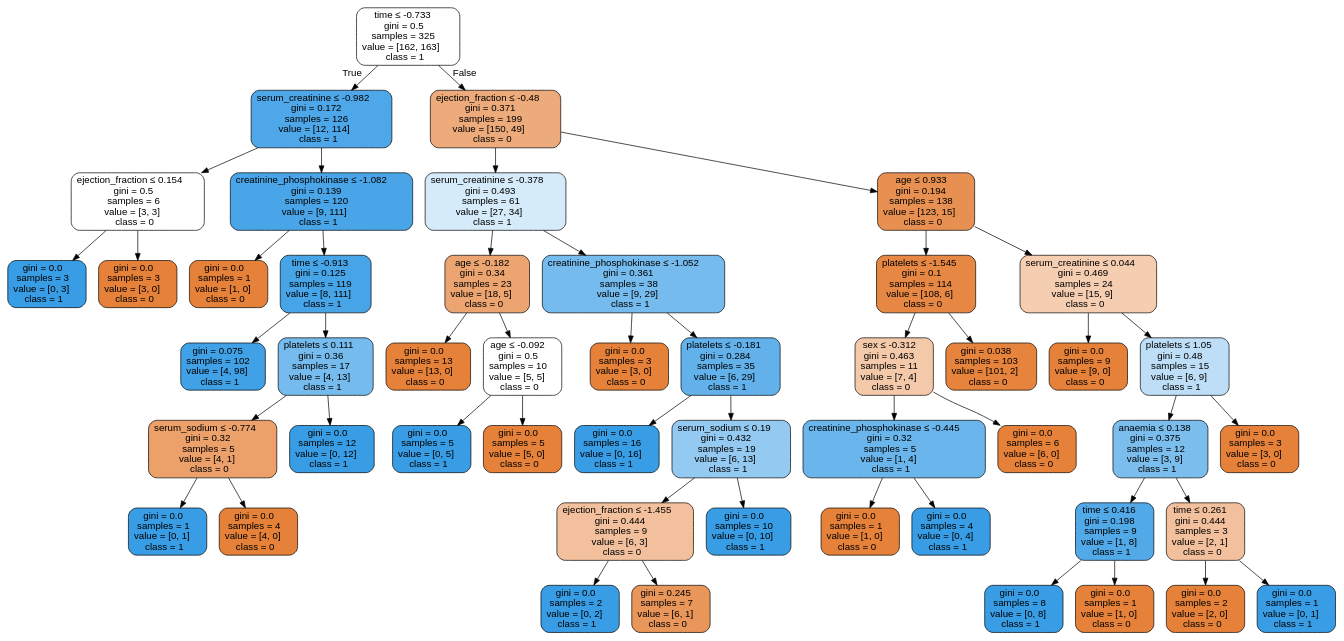
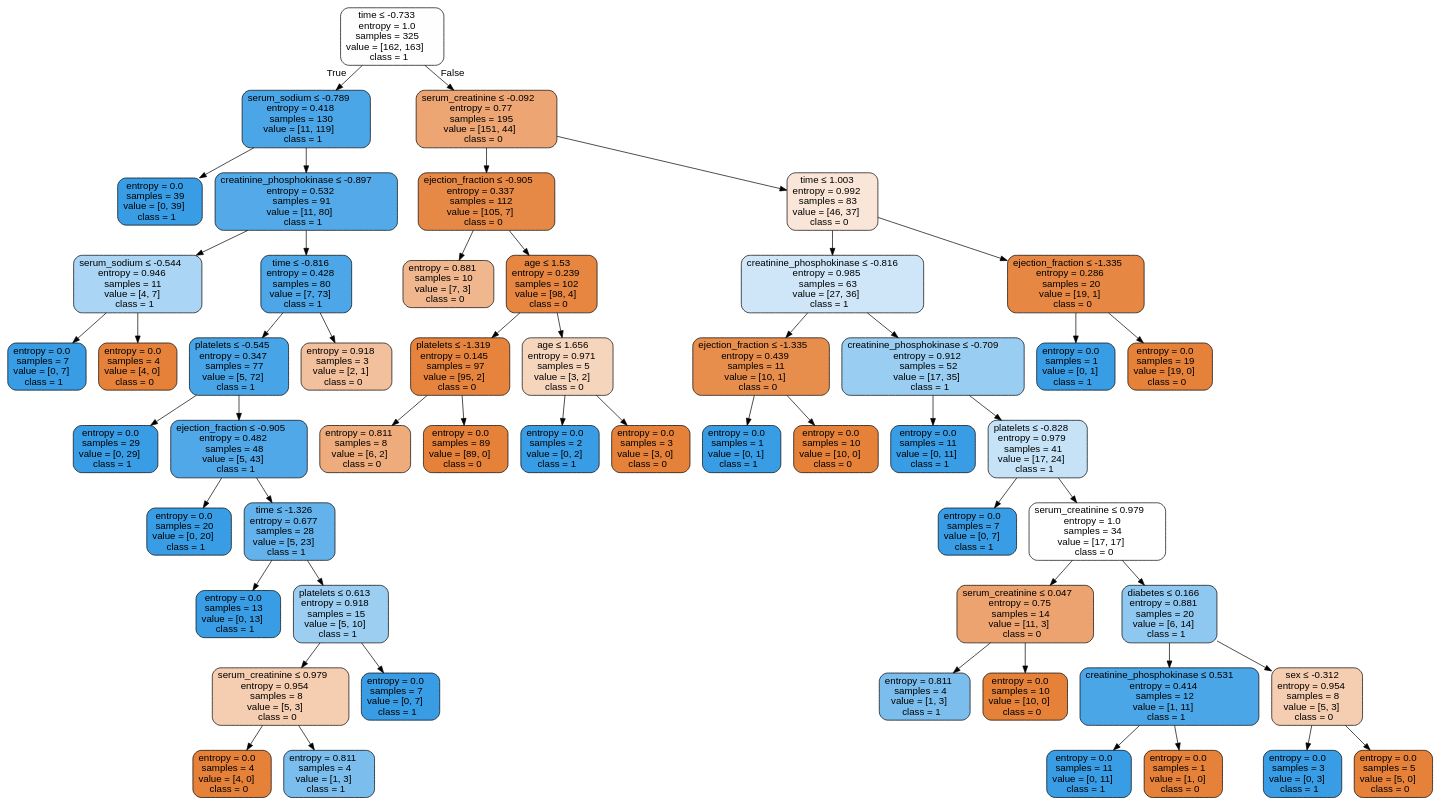
Before and after one commit to isabelSoares/CD-2021: the diagram in Labs/Lab05/Results/OverSample/HFCR - OverSample - dtree.dot, drawn with Graphviz. The commit also changed 97 other files, not shown here.

```diff
--- a/Labs/Lab05/Results/OverSample/HFCR - OverSample - dtree.dot
+++ b/Labs/Lab05/Results/OverSample/HFCR - OverSample - dtree.dot
@@ -1,101 +1,109 @@
 digraph Tree {
 node [shape=box, style="filled, rounded", color="black", fontname=helvetica] ;
 edge [fontname=helvetica] ;
-0 [label=<time &le; -0.733<br/>gini = 0.5<br/>samples = 325<br/>value = [162, 163]<br/>class = 1>, fillcolor="#fefeff"] ;
-1 [label=<serum_creatinine &le; -0.982<br/>gini = 0.172<br/>samples = 126<br/>value = [12, 114]<br/>class = 1>, fillcolor="#4ea7e8"] ;
+0 [label=<time &le; -0.733<br/>entropy = 1.0<br/>samples = 325<br/>value = [162, 163]<br/>class = 1>, fillcolor="#fefeff"] ;
+1 [label=<serum_sodium &le; -0.789<br/>entropy = 0.418<br/>samples = 130<br/>value = [11, 119]<br/>class = 1>, fillcolor="#4ba6e7"] ;
 0 -> 1 [labeldistance=2.5, labelangle=45, headlabel="True"] ;
-2 [label=<ejection_fraction &le; 0.154<br/>gini = 0.5<br/>samples = 6<br/>value = [3, 3]<br/>class = 0>, fillcolor="#ffffff"] ;
+2 [label=<entropy = 0.0<br/>samples = 39<br/>value = [0, 39]<br/>class = 1>, fillcolor="#399de5"] ;
 1 -> 2 ;
-3 [label=<gini = 0.0<br/>samples = 3<br/>value = [0, 3]<br/>class = 1>, fillcolor="#399de5"] ;
-2 -> 3 ;
-4 [label=<gini = 0.0<br/>samples = 3<br/>value = [3, 0]<br/>class = 0>, fillcolor="#e58139"] ;
-2 -> 4 ;
-5 [label=<creatinine_phosphokinase &le; -1.082<br/>gini = 0.139<br/>samples = 120<br/>value = [9, 111]<br/>class = 1>, fillcolor="#49a5e7"] ;
-1 -> 5 ;
-6 [label=<gini = 0.0<br/>samples = 1<br/>value = [1, 0]<br/>class = 0>, fillcolor="#e58139"] ;
-5 -> 6 ;
-7 [label=<time &le; -0.913<br/>gini = 0.125<br/>samples = 119<br/>value = [8, 111]<br/>class = 1>, fillcolor="#47a4e7"] ;
-5 -> 7 ;
-8 [label=<gini = 0.075<br/>samples = 102<br/>value = [4, 98]<br/>class = 1>, fillcolor="#41a1e6"] ;
+3 [label=<creatinine_phosphokinase &le; -0.897<br/>entropy = 0.532<br/>samples = 91<br/>value = [11, 80]<br/>class = 1>, fillcolor="#54aae9"] ;
+1 -> 3 ;
+4 [label=<serum_sodium &le; -0.544<br/>entropy = 0.946<br/>samples = 11<br/>value = [4, 7]<br/>class = 1>, fillcolor="#aad5f4"] ;
+3 -> 4 ;
+5 [label=<entropy = 0.0<br/>samples = 7<br/>value = [0, 7]<br/>class = 1>, fillcolor="#399de5"] ;
+4 -> 5 ;
+6 [label=<entropy = 0.0<br/>samples = 4<br/>value = [4, 0]<br/>class = 0>, fillcolor="#e58139"] ;
+4 -> 6 ;
+7 [label=<time &le; -0.816<br/>entropy = 0.428<br/>samples = 80<br/>value = [7, 73]<br/>class = 1>, fillcolor="#4ca6e7"] ;
+3 -> 7 ;
+8 [label=<platelets &le; -0.545<br/>entropy = 0.347<br/>samples = 77<br/>value = [5, 72]<br/>class = 1>, fillcolor="#47a4e7"] ;
 7 -> 8 ;
-9 [label=<platelets &le; 0.111<br/>gini = 0.36<br/>samples = 17<br/>value = [4, 13]<br/>class = 1>, fillcolor="#76bbed"] ;
-7 -> 9 ;
-10 [label=<serum_sodium &le; -0.774<br/>gini = 0.32<br/>samples = 5<br/>value = [4, 1]<br/>class = 0>, fillcolor="#eca06a"] ;
-9 -> 10 ;
-11 [label=<gini = 0.0<br/>samples = 1<br/>value = [0, 1]<br/>class = 1>, fillcolor="#399de5"] ;
+9 [label=<entropy = 0.0<br/>samples = 29<br/>value = [0, 29]<br/>class = 1>, fillcolor="#399de5"] ;
+8 -> 9 ;
+10 [label=<ejection_fraction &le; -0.905<br/>entropy = 0.482<br/>samples = 48<br/>value = [5, 43]<br/>class = 1>, fillcolor="#50a8e8"] ;
+8 -> 10 ;
+11 [label=<entropy = 0.0<br/>samples = 20<br/>value = [0, 20]<br/>class = 1>, fillcolor="#399de5"] ;
 10 -> 11 ;
-12 [label=<gini = 0.0<br/>samples = 4<br/>value = [4, 0]<br/>class = 0>, fillcolor="#e58139"] ;
+12 [label=<time &le; -1.326<br/>entropy = 0.677<br/>samples = 28<br/>value = [5, 23]<br/>class = 1>, fillcolor="#64b2eb"] ;
 10 -> 12 ;
-13 [label=<gini = 0.0<br/>samples = 12<br/>value = [0, 12]<br/>class = 1>, fillcolor="#399de5"] ;
-9 -> 13 ;
-14 [label=<ejection_fraction &le; -0.48<br/>gini = 0.371<br/>samples = 199<br/>value = [150, 49]<br/>class = 0>, fillcolor="#edaa7a"] ;
-0 -> 14 [labeldistance=2.5, labelangle=-45, headlabel="False"] ;
-15 [label=<serum_creatinine &le; -0.378<br/>gini = 0.493<br/>samples = 61<br/>value = [27, 34]<br/>class = 1>, fillcolor="#d6ebfa"] ;
+13 [label=<entropy = 0.0<br/>samples = 13<br/>value = [0, 13]<br/>class = 1>, fillcolor="#399de5"] ;
+12 -> 13 ;
+14 [label=<platelets &le; 0.613<br/>entropy = 0.918<br/>samples = 15<br/>value = [5, 10]<br/>class = 1>, fillcolor="#9ccef2"] ;
+12 -> 14 ;
+15 [label=<serum_creatinine &le; 0.979<br/>entropy = 0.954<br/>samples = 8<br/>value = [5, 3]<br/>class = 0>, fillcolor="#f5cdb0"] ;
 14 -> 15 ;
-16 [label=<age &le; -0.182<br/>gini = 0.34<br/>samples = 23<br/>value = [18, 5]<br/>class = 0>, fillcolor="#eca470"] ;
+16 [label=<entropy = 0.0<br/>samples = 4<br/>value = [4, 0]<br/>class = 0>, fillcolor="#e58139"] ;
 15 -> 16 ;
-17 [label=<gini = 0.0<br/>samples = 13<br/>value = [13, 0]<br/>class = 0>, fillcolor="#e58139"] ;
-16 -> 17 ;
-18 [label=<age &le; -0.092<br/>gini = 0.5<br/>samples = 10<br/>value = [5, 5]<br/>class = 0>, fillcolor="#ffffff"] ;
-16 -> 18 ;
-19 [label=<gini = 0.0<br/>samples = 5<br/>value = [0, 5]<br/>class = 1>, fillcolor="#399de5"] ;
-18 -> 19 ;
-20 [label=<gini = 0.0<br/>samples = 5<br/>value = [5, 0]<br/>class = 0>, fillcolor="#e58139"] ;
-18 -> 20 ;
-21 [label=<creatinine_phosphokinase &le; -1.052<br/>gini = 0.361<br/>samples = 38<br/>value = [9, 29]<br/>class = 1>, fillcolor="#76bbed"] ;
-15 -> 21 ;
-22 [label=<gini = 0.0<br/>samples = 3<br/>value = [3, 0]<br/>class = 0>, fillcolor="#e58139"] ;
+17 [label=<entropy = 0.811<br/>samples = 4<br/>value = [1, 3]<br/>class = 1>, fillcolor="#7bbeee"] ;
+15 -> 17 ;
+18 [label=<entropy = 0.0<br/>samples = 7<br/>value = [0, 7]<br/>class = 1>, fillcolor="#399de5"] ;
+14 -> 18 ;
+19 [label=<entropy = 0.918<br/>samples = 3<br/>value = [2, 1]<br/>class = 0>, fillcolor="#f2c09c"] ;
+7 -> 19 ;
+20 [label=<serum_creatinine &le; -0.092<br/>entropy = 0.77<br/>samples = 195<br/>value = [151, 44]<br/>class = 0>, fillcolor="#eda673"] ;
+0 -> 20 [labeldistance=2.5, labelangle=-45, headlabel="False"] ;
+21 [label=<ejection_fraction &le; -0.905<br/>entropy = 0.337<br/>samples = 112<br/>value = [105, 7]<br/>class = 0>, fillcolor="#e78946"] ;
+20 -> 21 ;
+22 [label=<entropy = 0.881<br/>samples = 10<br/>value = [7, 3]<br/>class = 0>, fillcolor="#f0b78e"] ;
 21 -> 22 ;
-23 [label=<platelets &le; -0.181<br/>gini = 0.284<br/>samples = 35<br/>value = [6, 29]<br/>class = 1>, fillcolor="#62b1ea"] ;
+23 [label=<age &le; 1.53<br/>entropy = 0.239<br/>samples = 102<br/>value = [98, 4]<br/>class = 0>, fillcolor="#e68641"] ;
 21 -> 23 ;
-24 [label=<gini = 0.0<br/>samples = 16<br/>value = [0, 16]<br/>class = 1>, fillcolor="#399de5"] ;
+24 [label=<platelets &le; -1.319<br/>entropy = 0.145<br/>samples = 97<br/>value = [95, 2]<br/>class = 0>, fillcolor="#e6843d"] ;
 23 -> 24 ;
-25 [label=<serum_sodium &le; 0.19<br/>gini = 0.432<br/>samples = 19<br/>value = [6, 13]<br/>class = 1>, fillcolor="#94caf1"] ;
-23 -> 25 ;
-26 [label=<ejection_fraction &le; -1.455<br/>gini = 0.444<br/>samples = 9<br/>value = [6, 3]<br/>class = 0>, fillcolor="#f2c09c"] ;
-25 -> 26 ;
-27 [label=<gini = 0.0<br/>samples = 2<br/>value = [0, 2]<br/>class = 1>, fillcolor="#399de5"] ;
-26 -> 27 ;
-28 [label=<gini = 0.245<br/>samples = 7<br/>value = [6, 1]<br/>class = 0>, fillcolor="#e9965a"] ;
-26 -> 28 ;
-29 [label=<gini = 0.0<br/>samples = 10<br/>value = [0, 10]<br/>class = 1>, fillcolor="#399de5"] ;
-25 -> 29 ;
-30 [label=<age &le; 0.933<br/>gini = 0.194<br/>samples = 138<br/>value = [123, 15]<br/>class = 0>, fillcolor="#e89051"] ;
-14 -> 30 ;
-31 [label=<platelets &le; -1.545<br/>gini = 0.1<br/>samples = 114<br/>value = [108, 6]<br/>class = 0>, fillcolor="#e68844"] ;
+25 [label=<entropy = 0.811<br/>samples = 8<br/>value = [6, 2]<br/>class = 0>, fillcolor="#eeab7b"] ;
+24 -> 25 ;
+26 [label=<entropy = 0.0<br/>samples = 89<br/>value = [89, 0]<br/>class = 0>, fillcolor="#e58139"] ;
+24 -> 26 ;
+27 [label=<age &le; 1.656<br/>entropy = 0.971<br/>samples = 5<br/>value = [3, 2]<br/>class = 0>, fillcolor="#f6d5bd"] ;
+23 -> 27 ;
+28 [label=<entropy = 0.0<br/>samples = 2<br/>value = [0, 2]<br/>class = 1>, fillcolor="#399de5"] ;
+27 -> 28 ;
+29 [label=<entropy = 0.0<br/>samples = 3<br/>value = [3, 0]<br/>class = 0>, fillcolor="#e58139"] ;
+27 -> 29 ;
+30 [label=<time &le; 1.003<br/>entropy = 0.992<br/>samples = 83<br/>value = [46, 37]<br/>class = 0>, fillcolor="#fae6d8"] ;
+20 -> 30 ;
+31 [label=<creatinine_phosphokinase &le; -0.816<br/>entropy = 0.985<br/>samples = 63<br/>value = [27, 36]<br/>class = 1>, fillcolor="#cee6f8"] ;
 30 -> 31 ;
-32 [label=<sex &le; -0.312<br/>gini = 0.463<br/>samples = 11<br/>value = [7, 4]<br/>class = 0>, fillcolor="#f4c9aa"] ;
+32 [label=<ejection_fraction &le; -1.335<br/>entropy = 0.439<br/>samples = 11<br/>value = [10, 1]<br/>class = 0>, fillcolor="#e88e4d"] ;
 31 -> 32 ;
-33 [label=<creatinine_phosphokinase &le; -0.445<br/>gini = 0.32<br/>samples = 5<br/>value = [1, 4]<br/>class = 1>, fillcolor="#6ab6ec"] ;
+33 [label=<entropy = 0.0<br/>samples = 1<br/>value = [0, 1]<br/>class = 1>, fillcolor="#399de5"] ;
 32 -> 33 ;
-34 [label=<gini = 0.0<br/>samples = 1<br/>value = [1, 0]<br/>class = 0>, fillcolor="#e58139"] ;
-33 -> 34 ;
-35 [label=<gini = 0.0<br/>samples = 4<br/>value = [0, 4]<br/>class = 1>, fillcolor="#399de5"] ;
-33 -> 35 ;
-36 [label=<gini = 0.0<br/>samples = 6<br/>value = [6, 0]<br/>class = 0>, fillcolor="#e58139"] ;
-32 -> 36 ;
-37 [label=<gini = 0.038<br/>samples = 103<br/>value = [101, 2]<br/>class = 0>, fillcolor="#e6833d"] ;
-31 -> 37 ;
-38 [label=<serum_creatinine &le; 0.044<br/>gini = 0.469<br/>samples = 24<br/>value = [15, 9]<br/>class = 0>, fillcolor="#f5cdb0"] ;
-30 -> 38 ;
-39 [label=<gini = 0.0<br/>samples = 9<br/>value = [9, 0]<br/>class = 0>, fillcolor="#e58139"] ;
-38 -> 39 ;
-40 [label=<platelets &le; 1.05<br/>gini = 0.48<br/>samples = 15<br/>value = [6, 9]<br/>class = 1>, fillcolor="#bddef6"] ;
-38 -> 40 ;
-41 [label=<anaemia &le; 0.138<br/>gini = 0.375<br/>samples = 12<br/>value = [3, 9]<br/>class = 1>, fillcolor="#7bbeee"] ;
+34 [label=<entropy = 0.0<br/>samples = 10<br/>value = [10, 0]<br/>class = 0>, fillcolor="#e58139"] ;
+32 -> 34 ;
+35 [label=<creatinine_phosphokinase &le; -0.709<br/>entropy = 0.912<br/>samples = 52<br/>value = [17, 35]<br/>class = 1>, fillcolor="#99cdf2"] ;
+31 -> 35 ;
+36 [label=<entropy = 0.0<br/>samples = 11<br/>value = [0, 11]<br/>class = 1>, fillcolor="#399de5"] ;
+35 -> 36 ;
+37 [label=<platelets &le; -0.828<br/>entropy = 0.979<br/>samples = 41<br/>value = [17, 24]<br/>class = 1>, fillcolor="#c5e2f7"] ;
+35 -> 37 ;
+38 [label=<entropy = 0.0<br/>samples = 7<br/>value = [0, 7]<br/>class = 1>, fillcolor="#399de5"] ;
+37 -> 38 ;
+39 [label=<serum_creatinine &le; 0.979<br/>entropy = 1.0<br/>samples = 34<br/>value = [17, 17]<br/>class = 0>, fillcolor="#ffffff"] ;
+37 -> 39 ;
+40 [label=<serum_creatinine &le; 0.047<br/>entropy = 0.75<br/>samples = 14<br/>value = [11, 3]<br/>class = 0>, fillcolor="#eca36f"] ;
+39 -> 40 ;
+41 [label=<entropy = 0.811<br/>samples = 4<br/>value = [1, 3]<br/>class = 1>, fillcolor="#7bbeee"] ;
 40 -> 41 ;
-42 [label=<time &le; 0.416<br/>gini = 0.198<br/>samples = 9<br/>value = [1, 8]<br/>class = 1>, fillcolor="#52a9e8"] ;
-41 -> 42 ;
-43 [label=<gini = 0.0<br/>samples = 8<br/>value = [0, 8]<br/>class = 1>, fillcolor="#399de5"] ;
-42 -> 43 ;
-44 [label=<gini = 0.0<br/>samples = 1<br/>value = [1, 0]<br/>class = 0>, fillcolor="#e58139"] ;
-42 -> 44 ;
-45 [label=<time &le; 0.261<br/>gini = 0.444<br/>samples = 3<br/>value = [2, 1]<br/>class = 0>, fillcolor="#f2c09c"] ;
-41 -> 45 ;
-46 [label=<gini = 0.0<br/>samples = 2<br/>value = [2, 0]<br/>class = 0>, fillcolor="#e58139"] ;
-45 -> 46 ;
-47 [label=<gini = 0.0<br/>samples = 1<br/>value = [0, 1]<br/>class = 1>, fillcolor="#399de5"] ;
-45 -> 47 ;
-48 [label=<gini = 0.0<br/>samples = 3<br/>value = [3, 0]<br/>class = 0>, fillcolor="#e58139"] ;
-40 -> 48 ;
+42 [label=<entropy = 0.0<br/>samples = 10<br/>value = [10, 0]<br/>class = 0>, fillcolor="#e58139"] ;
+40 -> 42 ;
+43 [label=<diabetes &le; 0.166<br/>entropy = 0.881<br/>samples = 20<br/>value = [6, 14]<br/>class = 1>, fillcolor="#8ec7f0"] ;
+39 -> 43 ;
+44 [label=<creatinine_phosphokinase &le; 0.531<br/>entropy = 0.414<br/>samples = 12<br/>value = [1, 11]<br/>class = 1>, fillcolor="#4ba6e7"] ;
+43 -> 44 ;
+45 [label=<entropy = 0.0<br/>samples = 11<br/>value = [0, 11]<br/>class = 1>, fillcolor="#399de5"] ;
+44 -> 45 ;
+46 [label=<entropy = 0.0<br/>samples = 1<br/>value = [1, 0]<br/>class = 0>, fillcolor="#e58139"] ;
+44 -> 46 ;
+47 [label=<sex &le; -0.312<br/>entropy = 0.954<br/>samples = 8<br/>value = [5, 3]<br/>class = 0>, fillcolor="#f5cdb0"] ;
+43 -> 47 ;
+48 [label=<entropy = 0.0<br/>samples = 3<br/>value = [0, 3]<br/>class = 1>, fillcolor="#399de5"] ;
+47 -> 48 ;
+49 [label=<entropy = 0.0<br/>samples = 5<br/>value = [5, 0]<br/>class = 0>, fillcolor="#e58139"] ;
+47 -> 49 ;
+50 [label=<ejection_fraction &le; -1.335<br/>entropy = 0.286<br/>samples = 20<br/>value = [19, 1]<br/>class = 0>, fillcolor="#e68843"] ;
+30 -> 50 ;
+51 [label=<entropy = 0.0<br/>samples = 1<br/>value = [0, 1]<br/>class = 1>, fillcolor="#399de5"] ;
+50 -> 51 ;
+52 [label=<entropy = 0.0<br/>samples = 19<br/>value = [19, 0]<br/>class = 0>, fillcolor="#e58139"] ;
+50 -> 52 ;
 }
```
